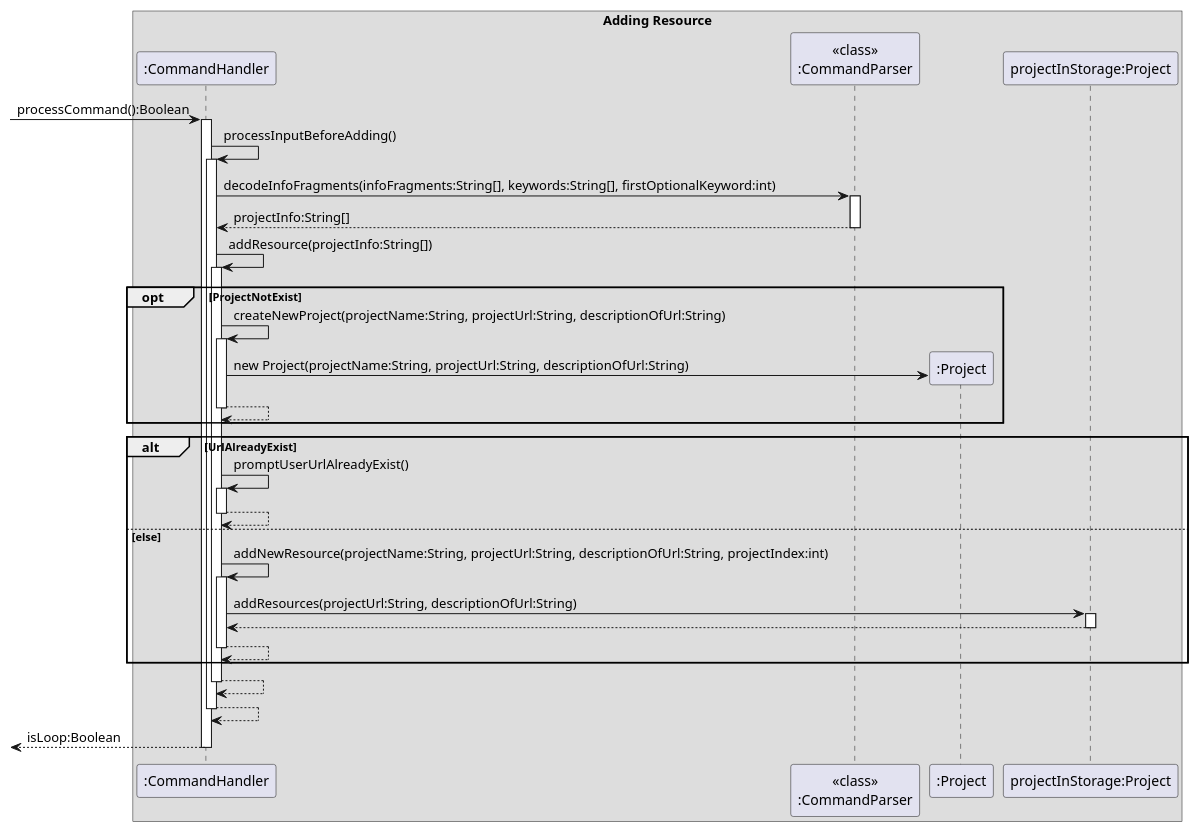
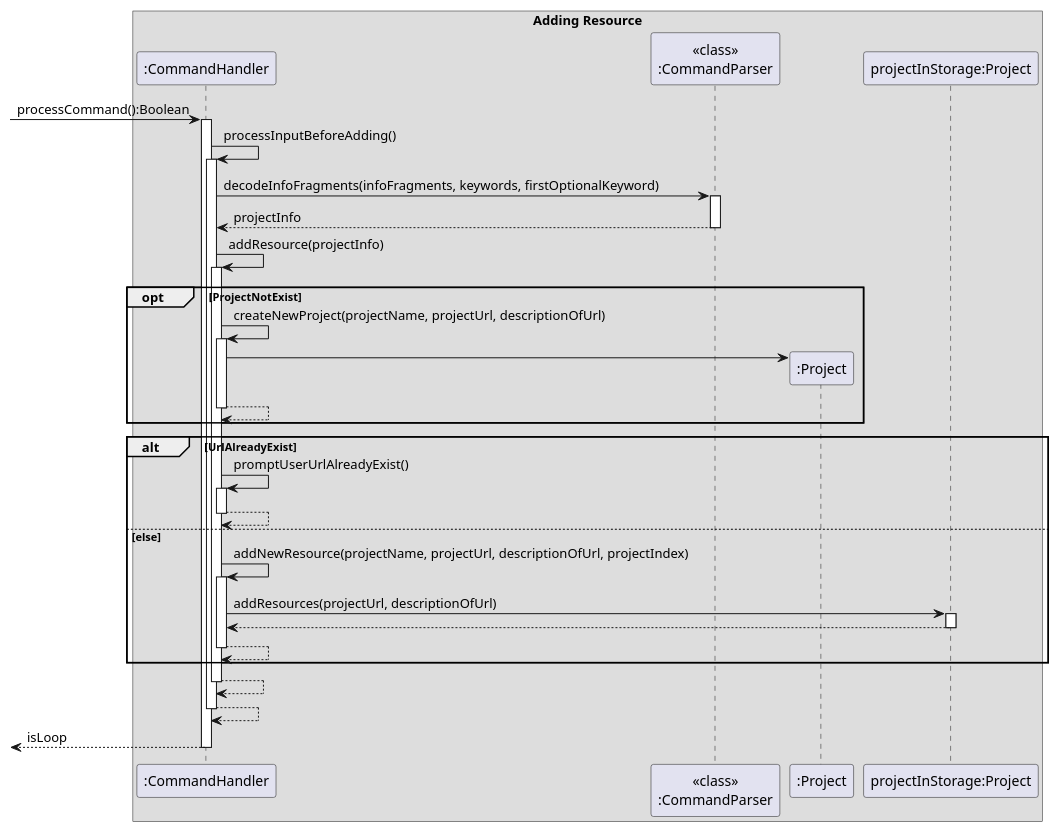
The diagram in docs/PlantUML/Add.puml (s-t-e-f/tp), drawn with PlantUML before and after one commit. The commit also changed 3 other files, not shown here.

```diff
--- a/docs/PlantUML/Add.puml
+++ b/docs/PlantUML/Add.puml
@@ -1,47 +1,47 @@
 @startuml
 
 box Adding Resource
 participant ":CommandHandler" as CH
 participant "<<class>>\n:CommandParser" as CP
 participant ":Project" as P1
 participant "projectInStorage:Project" as P2
 
 [-> CH: processCommand():Boolean
 activate CH
 
 CH -> CH: processInputBeforeAdding()
 activate CH
 
-CH -> CP: decodeInfoFragments(infoFragments:String[], keywords:String[], firstOptionalKeyword:int)
+CH -> CP: decodeInfoFragments(infoFragments, keywords, firstOptionalKeyword)
 activate CP
-return projectInfo:String[]
+return projectInfo
 
-CH -> CH: addResource(projectInfo:String[])
+CH -> CH: addResource(projectInfo)
 activate CH
 
 opt ProjectNotExist
-    CH -> CH: createNewProject(projectName:String, projectUrl:String, descriptionOfUrl:String)
+    CH -> CH: createNewProject(projectName, projectUrl, descriptionOfUrl)
     activate CH
     create P1
-    CH -> P1:new Project(projectName:String, projectUrl:String, descriptionOfUrl:String)
+    CH -> P1:
     return
 end
 
 alt UrlAlreadyExist
     CH -> CH: promptUserUrlAlreadyExist()
     activate CH
     return
 else else
-    CH -> CH: addNewResource(projectName:String, projectUrl:String, descriptionOfUrl:String, projectIndex:int)
+    CH -> CH: addNewResource(projectName, projectUrl, descriptionOfUrl, projectIndex)
     activate CH
-    CH -> P2: addResources(projectUrl:String, descriptionOfUrl:String)
+    CH -> P2: addResources(projectUrl, descriptionOfUrl)
     activate P2
     return
     return
 end
 
 return
 return
-return isLoop:Boolean
+return isLoop
 
 @enduml
```
